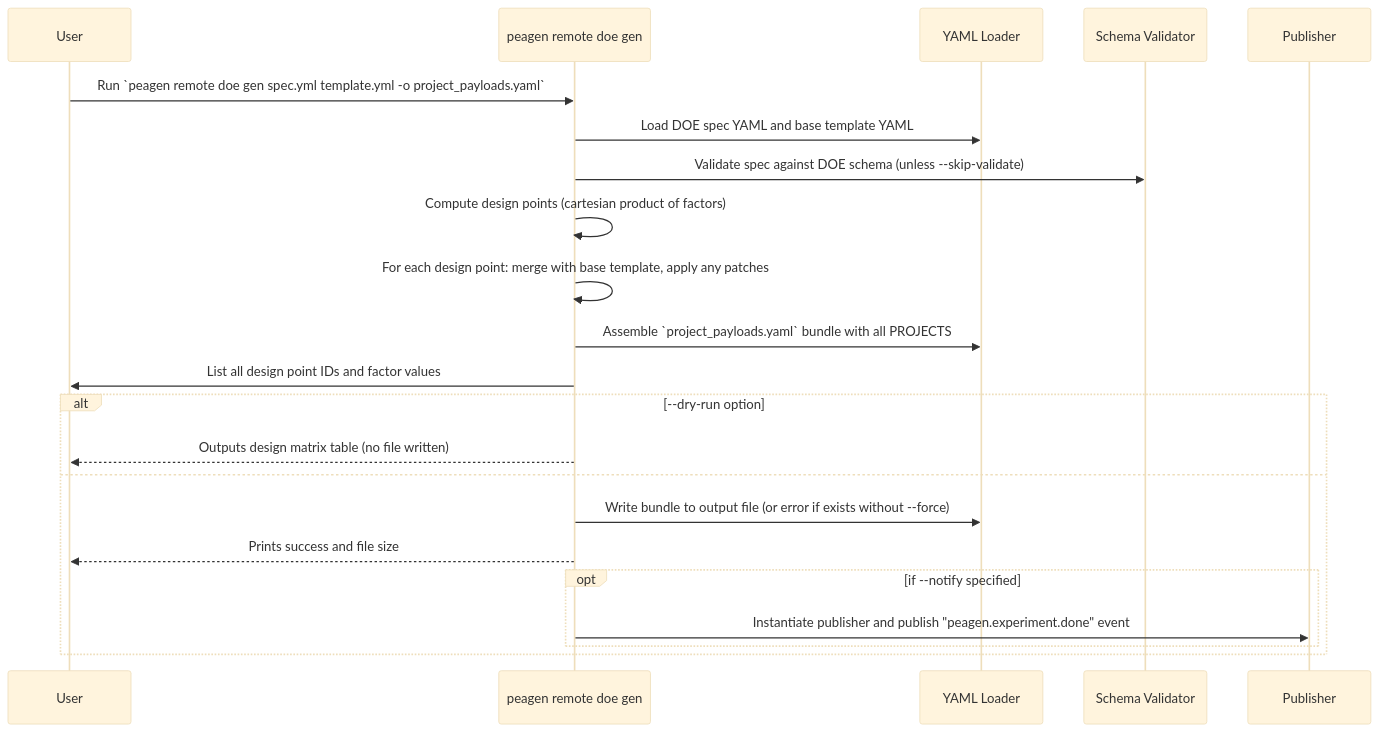
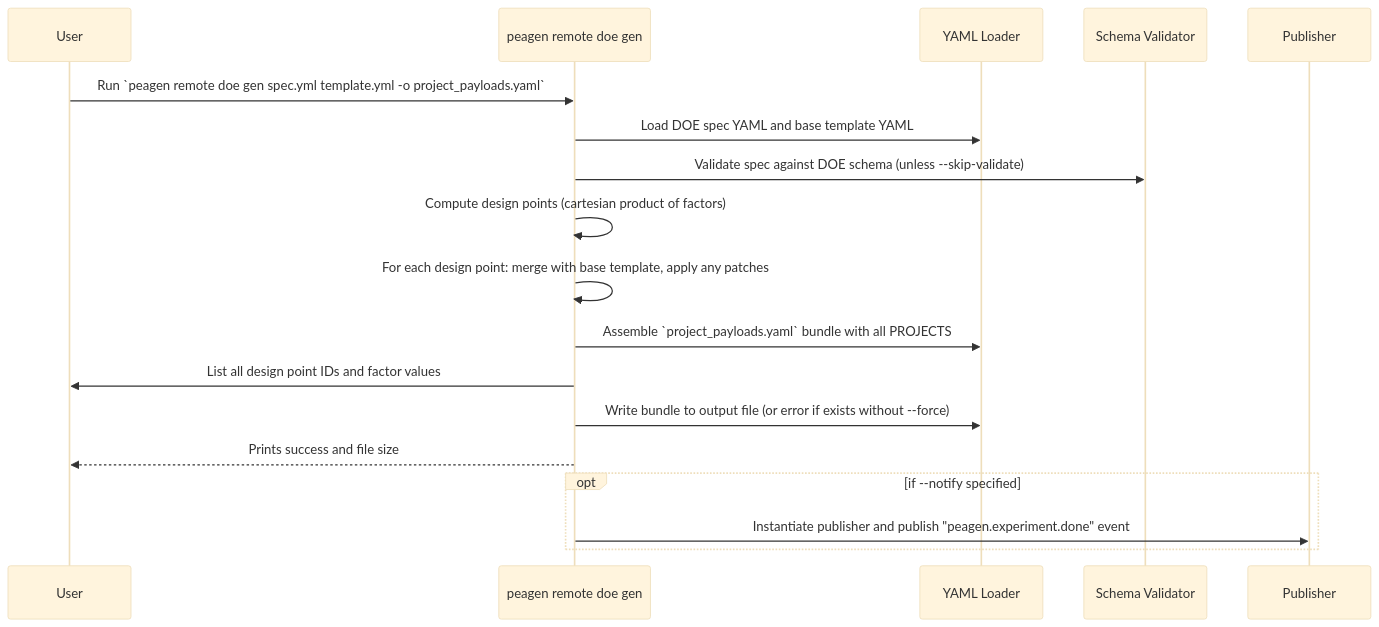
The diagram in pkgs/standards/peagen/docs/call_flows/peagen_doe_gen_remote.mmd (swarmauri/swarmauri-sdk), drawn with Mermaid (base theme) before and after one commit. The commit also changed 3 other files, not shown here.

Commit message:
Remove dry-run from remote DOE CLI

```diff
--- a/pkgs/standards/peagen/docs/call_flows/peagen_doe_gen_remote.mmd
+++ b/pkgs/standards/peagen/docs/call_flows/peagen_doe_gen_remote.mmd
@@ -1,22 +1,18 @@
 sequenceDiagram
     participant User
     participant CLI as peagen remote doe gen
     participant YAML as YAML Loader
     participant Schema as Schema Validator
     participant Publisher
     User ->> CLI: Run `peagen remote doe gen spec.yml template.yml -o project_payloads.yaml`
     CLI ->> YAML: Load DOE spec YAML and base template YAML
     CLI ->> Schema: Validate spec against DOE schema (unless --skip-validate)
     CLI ->> CLI: Compute design points (cartesian product of factors)
     CLI ->> CLI: For each design point: merge with base template, apply any patches
     CLI ->> YAML: Assemble `project_payloads.yaml` bundle with all PROJECTS
     CLI ->> User: List all design point IDs and factor values
-    alt --dry-run option
-        CLI -->> User: Outputs design matrix table (no file written)
-    else 
-        CLI ->> YAML: Write bundle to output file (or error if exists without --force)
-        CLI -->> User: Prints success and file size
-        opt if --notify specified
-            CLI ->> Publisher: Instantiate publisher and publish "peagen.experiment.done" event
-        end
+    CLI ->> YAML: Write bundle to output file (or error if exists without --force)
+    CLI -->> User: Prints success and file size
+    opt if --notify specified
+        CLI ->> Publisher: Instantiate publisher and publish "peagen.experiment.done" event
     end
```
